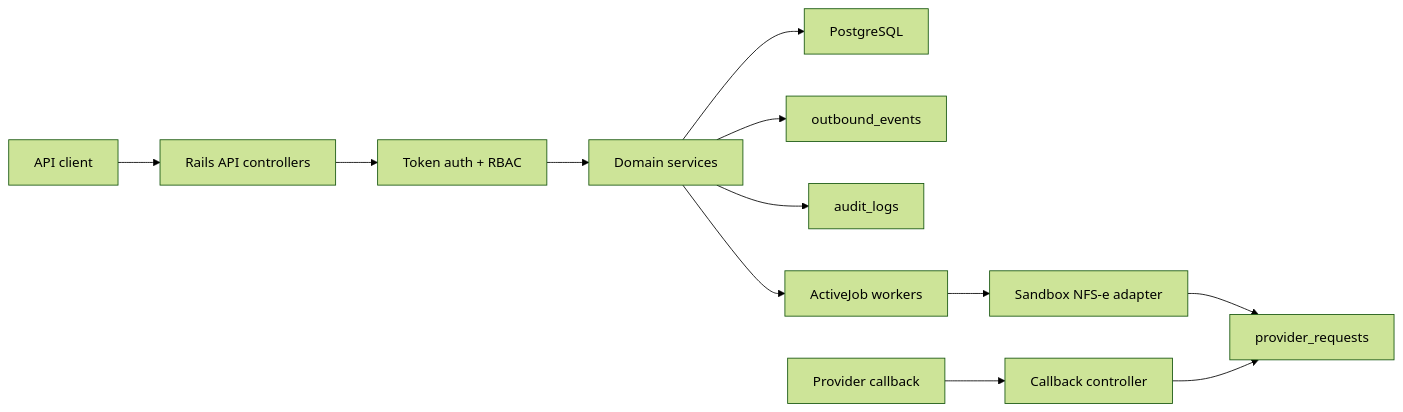
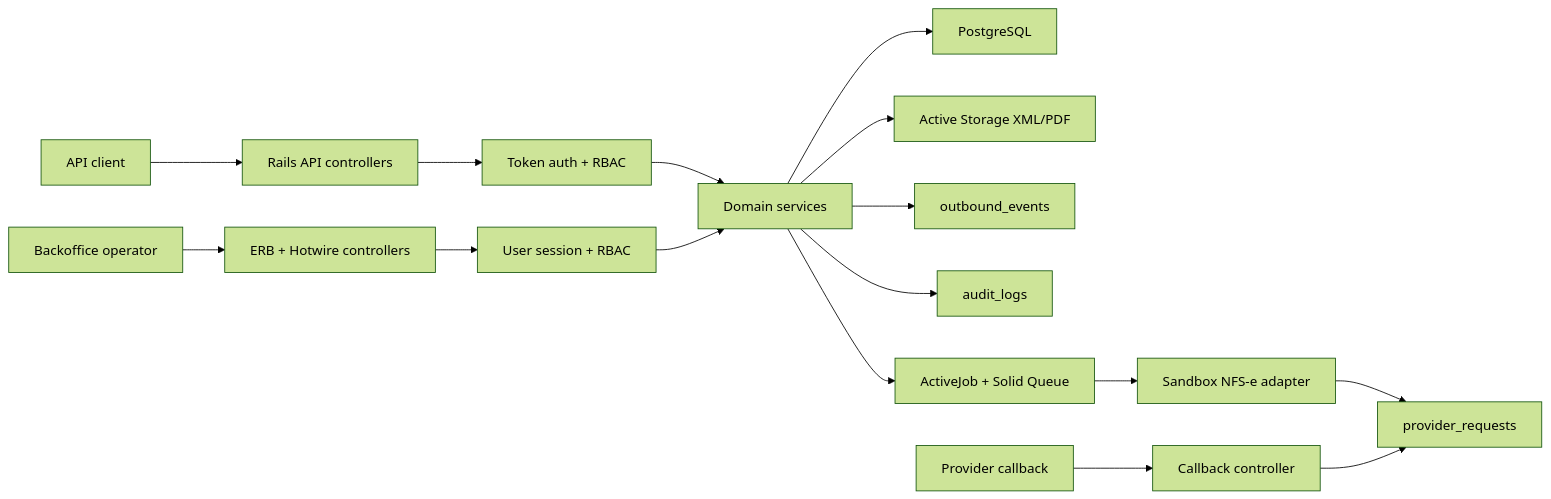
Before and after one commit to Defyland/fiscalbridge-rails-nfse-platform: the diagram in docs/architecture/overview.md, drawn with Mermaid (forest theme). The commit also changed other lines of this file and 114 other files, not shown here.

````diff
--- a/docs/architecture/overview.md
+++ b/docs/architecture/overview.md
@@ -11,14 +12,18 @@
 ```mermaid
 flowchart LR
   Client["API client"] --> API["Rails API controllers"]
+  Operator["Backoffice operator"] --> Web["ERB + Hotwire controllers"]
   API --> Auth["Token auth + RBAC"]
+  Web --> Session["User session + RBAC"]
   Auth --> Services["Domain services"]
+  Session --> Services
   Services --> DB["PostgreSQL"]
+  Services --> Storage["Active Storage XML/PDF"]
   Services --> Outbox["outbound_events"]
   Services --> Audit["audit_logs"]
-  Services --> Jobs["ActiveJob workers"]
+  Services --> Jobs["ActiveJob + Solid Queue"]
   Jobs --> Provider["Sandbox NFS-e adapter"]
   Provider --> Evidence["provider_requests"]
   Callback["Provider callback"] --> CallbackAPI["Callback controller"]
   CallbackAPI --> Evidence
 ```
````
